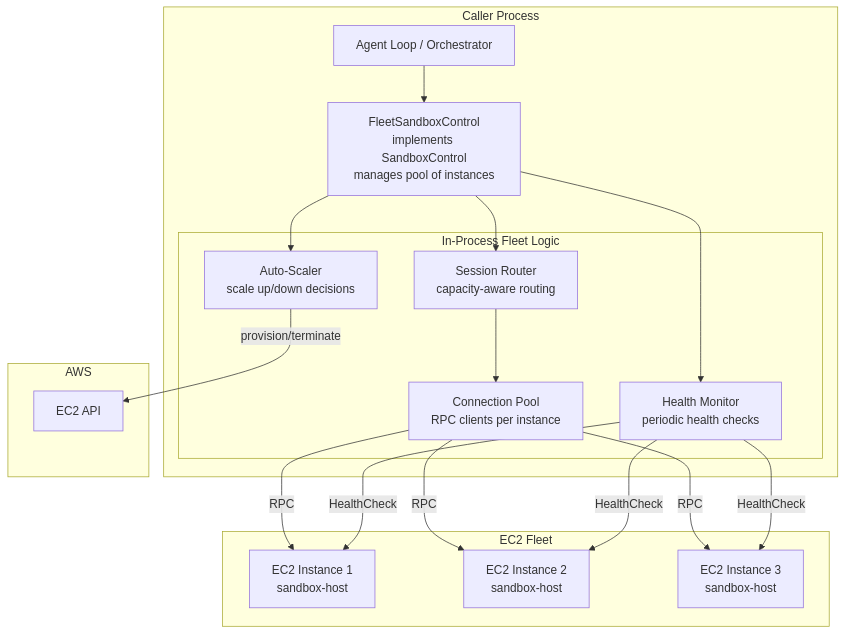
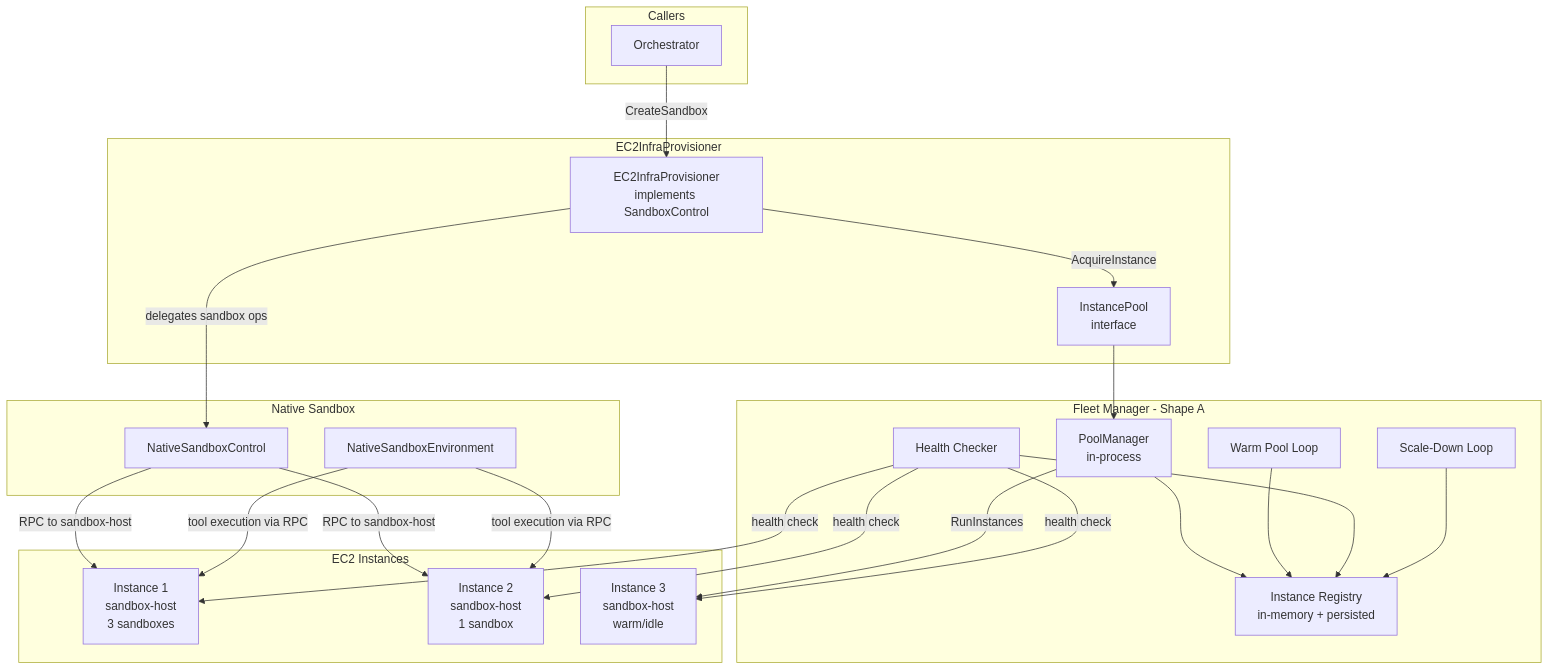
The first of 2 diagrams in docs/shaping/ec2-fleet-management.md (dcosson/flex-agent-runtime), drawn with Mermaid before and after one commit. The commit also changed other lines of this file, not shown here.

First line of the commit message:
Rewrite EC2 fleet management shaping doc with detailed shapes and fit checks

````diff
--- a/docs/shaping/ec2-fleet-management.md
+++ b/docs/shaping/ec2-fleet-management.md
@@ -209,37 +361,49 @@
 ```mermaid
-graph TB
-    subgraph "Caller Process"
-        caller[Agent Loop / Orchestrator]
-        fsc[FleetSandboxControl<br/>implements SandboxControl<br/>manages pool of instances]
-
-        subgraph "In-Process Fleet Logic"
-            router[Session Router<br/>capacity-aware routing]
-            scaler[Auto-Scaler<br/>scale up/down decisions]
-            health[Health Monitor<br/>periodic health checks]
-            pool[Connection Pool<br/>RPC clients per instance]
-        end
+graph TD
+    subgraph "Callers"
+        ORC[Orchestrator]
     end
 
-    subgraph "EC2 Fleet"
-        i1[EC2 Instance 1<br/>sandbox-host]
-        i2[EC2 Instance 2<br/>sandbox-host]
-        i3[EC2 Instance 3<br/>sandbox-host]
+    subgraph "EC2InfraProvisioner"
+        EIP[EC2InfraProvisioner<br/>implements SandboxControl]
+        IP[InstancePool<br/>interface]
     end
 
-    subgraph "AWS"
-        ec2[EC2 API]
+    subgraph "Fleet Manager - Shape A"
+        PM[PoolManager<br/>in-process]
+        WP[Warm Pool Loop]
+        HC[Health Checker]
+        SD[Scale-Down Loop]
+        REG[Instance Registry<br/>in-memory + persisted]
     end
 
-    caller --> fsc
-    fsc --> router
-    fsc --> scaler
-    fsc --> health
-    router --> pool
-    pool -->|RPC| i1
-    pool -->|RPC| i2
-    pool -->|RPC| i3
-    scaler -->|provision/terminate| ec2
-    health -->|HealthCheck| i1
-    health -->|HealthCheck| i2
-    health -->|HealthCheck| i3
+    subgraph "EC2 Instances"
+        I1[Instance 1<br/>sandbox-host<br/>3 sandboxes]
+        I2[Instance 2<br/>sandbox-host<br/>1 sandbox]
+        I3[Instance 3<br/>sandbox-host<br/>warm/idle]
+    end
+
+    subgraph "Native Sandbox"
+        NSC[NativeSandboxControl]
+        NSE[NativeSandboxEnvironment]
+    end
+
+    ORC -->|CreateSandbox| EIP
+    EIP -->|AcquireInstance| IP
+    IP --> PM
+    PM --> REG
+    WP --> REG
+    HC --> REG
+    SD --> REG
+
+    PM -->|RunInstances| I3
+    HC -->|health check| I1
+    HC -->|health check| I2
+    HC -->|health check| I3
+
+    EIP -->|delegates sandbox ops| NSC
+    NSC -->|RPC to sandbox-host| I1
+    NSC -->|RPC to sandbox-host| I2
+    NSE -->|tool execution via RPC| I1
+    NSE -->|tool execution via RPC| I2
 ```
````
